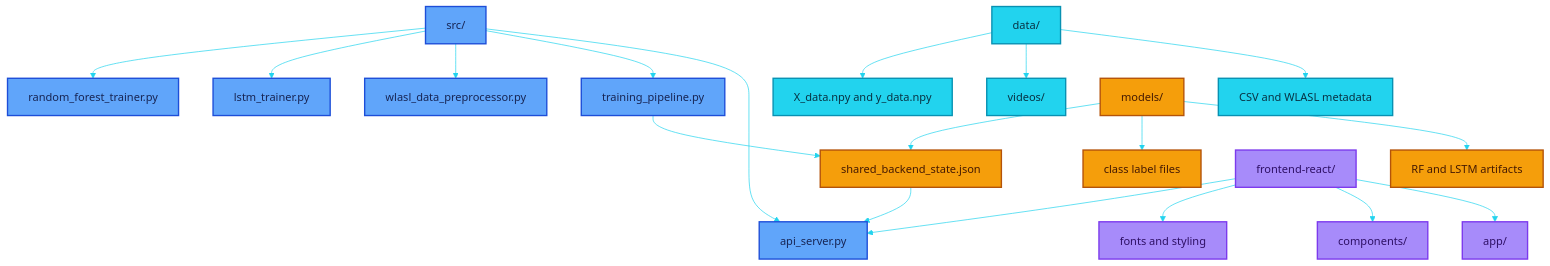
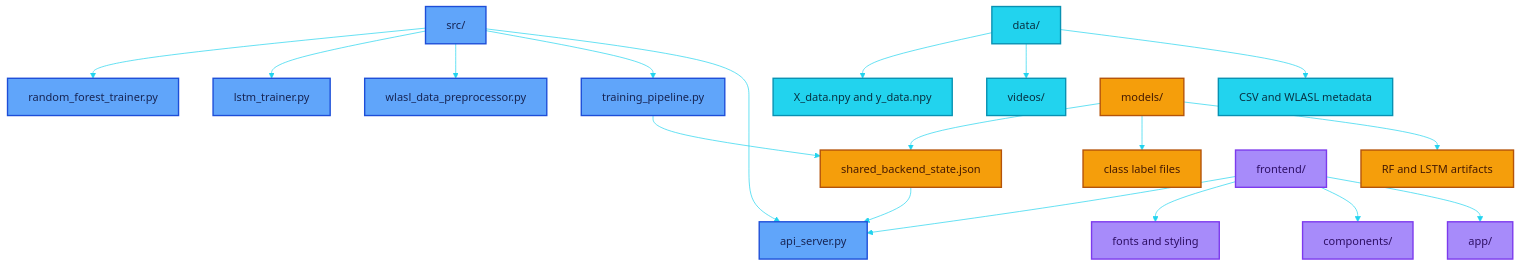
Before and after one commit to amudev00/hand_sign_detection_dynamic: the seventh of 7 diagrams in README.md, drawn with Mermaid. The commit also changed other lines of this file and 11 other files, not shown here.

First line of the commit message:
Add Next.js frontend app and UI

````diff
--- a/README.md
+++ b/README.md
@@ -360,42 +362,42 @@
 ```mermaid
 %%{init: {'theme': 'base', 'themeVariables': {
   'background': '#0b1020',
   'primaryColor': '#111827',
   'primaryTextColor': '#f8fafc',
   'primaryBorderColor': '#38bdf8',
   'lineColor': '#22d3ee',
   'clusterBkg': '#0f172a',
   'clusterBorder': '#334155'
 }}}%%
 flowchart TD
   A[src/] --> A1[api_server.py]
   A --> A2[training_pipeline.py]
   A --> A3[wlasl_data_preprocessor.py]
   A --> A4[lstm_trainer.py]
   A --> A5[random_forest_trainer.py]
 
   B[data/] --> B1[CSV and WLASL metadata]
   B --> B2[videos/]
   B --> B3[X_data.npy and y_data.npy]
 
   C[models/] --> C1[RF and LSTM artifacts]
   C --> C2[class label files]
   C --> C3[shared_backend_state.json]
 
-  D[frontend-react/] --> D1[app/]
+  D[frontend/] --> D1[app/]
   D --> D2[components/]
   D --> D3[fonts and styling]
 
   A2 --> C3
   C3 --> A1
   D --> A1
 
   classDef source fill:#60a5fa,stroke:#1d4ed8,color:#172554,stroke-width:2px;
   classDef data fill:#22d3ee,stroke:#0891b2,color:#083344,stroke-width:2px;
   classDef model fill:#f59e0b,stroke:#b45309,color:#451a03,stroke-width:2px;
   classDef front fill:#a78bfa,stroke:#7c3aed,color:#2e1065,stroke-width:2px;
   class A,A1,A2,A3,A4,A5 source;
   class B,B1,B2,B3 data;
   class C,C1,C2,C3 model;
   class D,D1,D2,D3 front;
 ```
````
